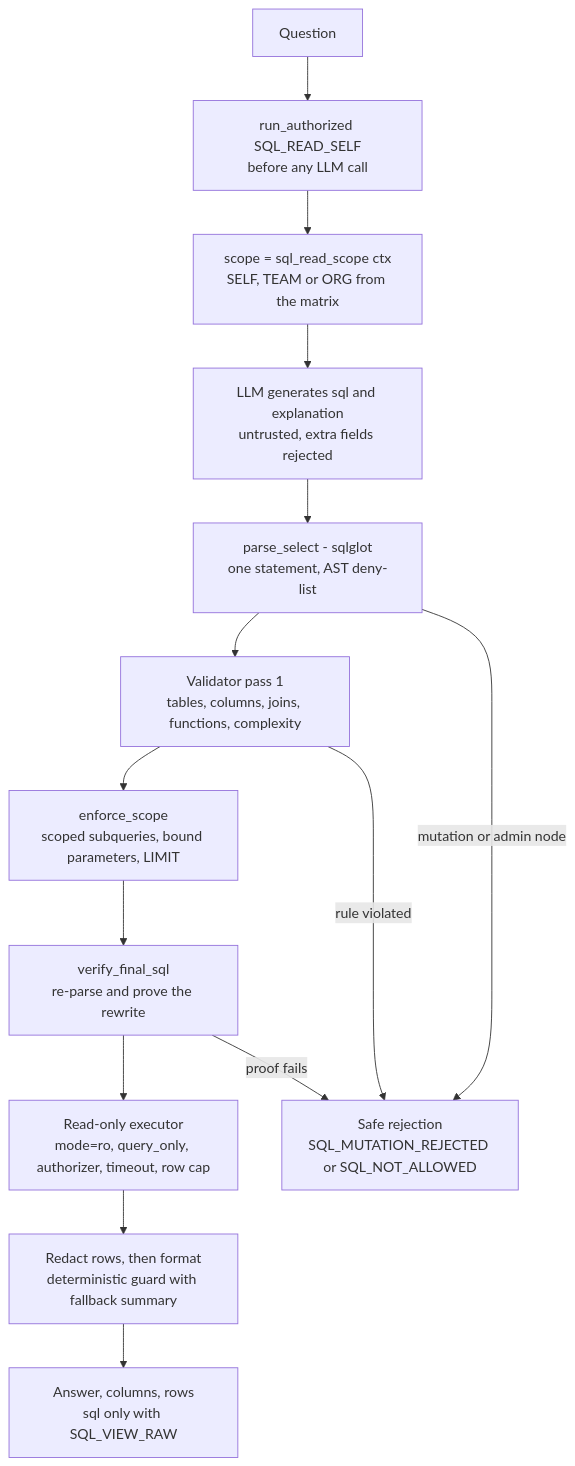
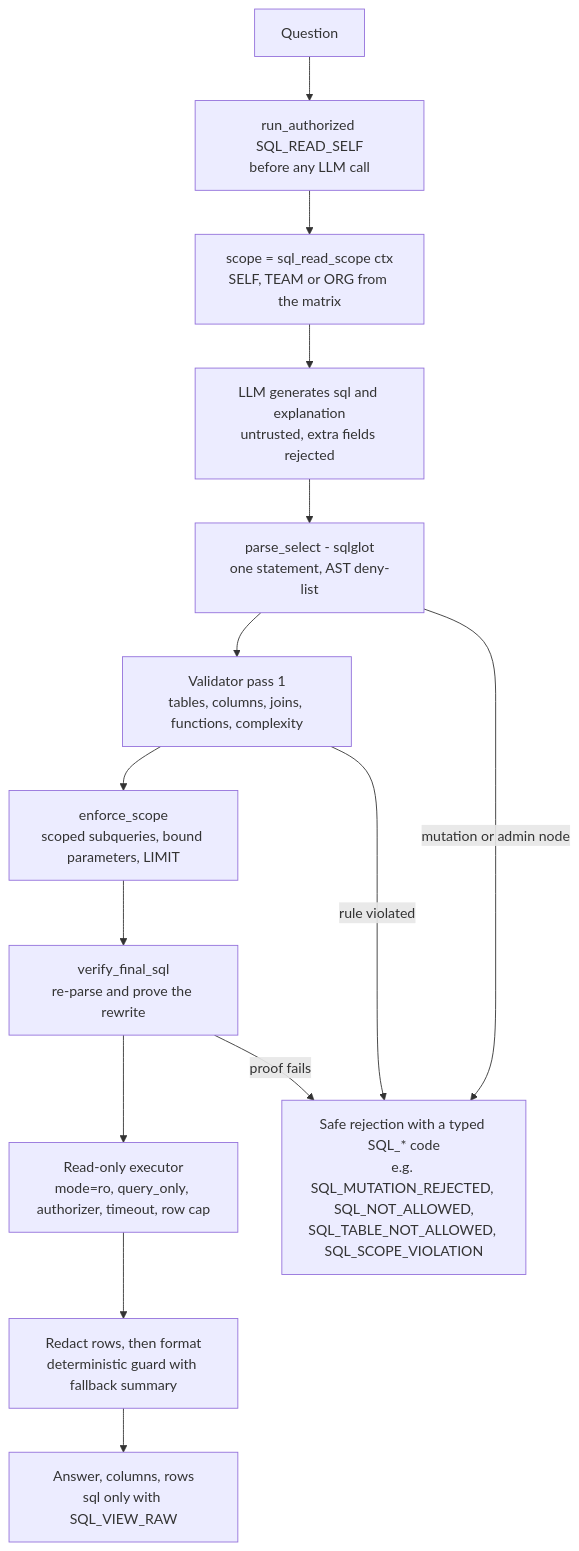
One commit to hanuandroid/AECA_ai_hr_copilot changed the fourth of 5 diagrams in HRMS-main/docs/ai_architecture.md. Above: the diagram before and after it, drawn with Mermaid. The commit also changed other lines of this file and 14 other files, not shown here.

````diff
--- a/HRMS-main/docs/ai_architecture.md
+++ b/HRMS-main/docs/ai_architecture.md
@@ -296,16 +296,16 @@
 ```mermaid
 flowchart TB
     Q["Question"] --> AZ["run_authorized SQL_READ_SELF<br/>before any LLM call"]
     AZ --> SCOPE["scope = sql_read_scope ctx<br/>SELF, TEAM or ORG from the matrix"]
     SCOPE --> GEN["LLM generates sql and explanation<br/>untrusted, extra fields rejected"]
     GEN --> PARSE["parse_select - sqlglot<br/>one statement, AST deny-list"]
     PARSE --> V1["Validator pass 1<br/>tables, columns, joins, functions, complexity"]
     V1 --> REWRITE["enforce_scope<br/>scoped subqueries, bound parameters, LIMIT"]
     REWRITE --> V2["verify_final_sql<br/>re-parse and prove the rewrite"]
     V2 --> EXEC["Read-only executor<br/>mode=ro, query_only, authorizer, timeout, row cap"]
     EXEC --> FMT["Redact rows, then format<br/>deterministic guard with fallback summary"]
     FMT --> ANS["Answer, columns, rows<br/>sql only with SQL_VIEW_RAW"]
-    PARSE -->|"mutation or admin node"| REJ["Safe rejection<br/>SQL_MUTATION_REJECTED or SQL_NOT_ALLOWED"]
+    PARSE -->|"mutation or admin node"| REJ["Safe rejection with a typed SQL_* code<br/>e.g. SQL_MUTATION_REJECTED, SQL_NOT_ALLOWED,<br/>SQL_TABLE_NOT_ALLOWED, SQL_SCOPE_VIOLATION"]
     V1 -->|"rule violated"| REJ
     V2 -->|"proof fails"| REJ
 ```
````
